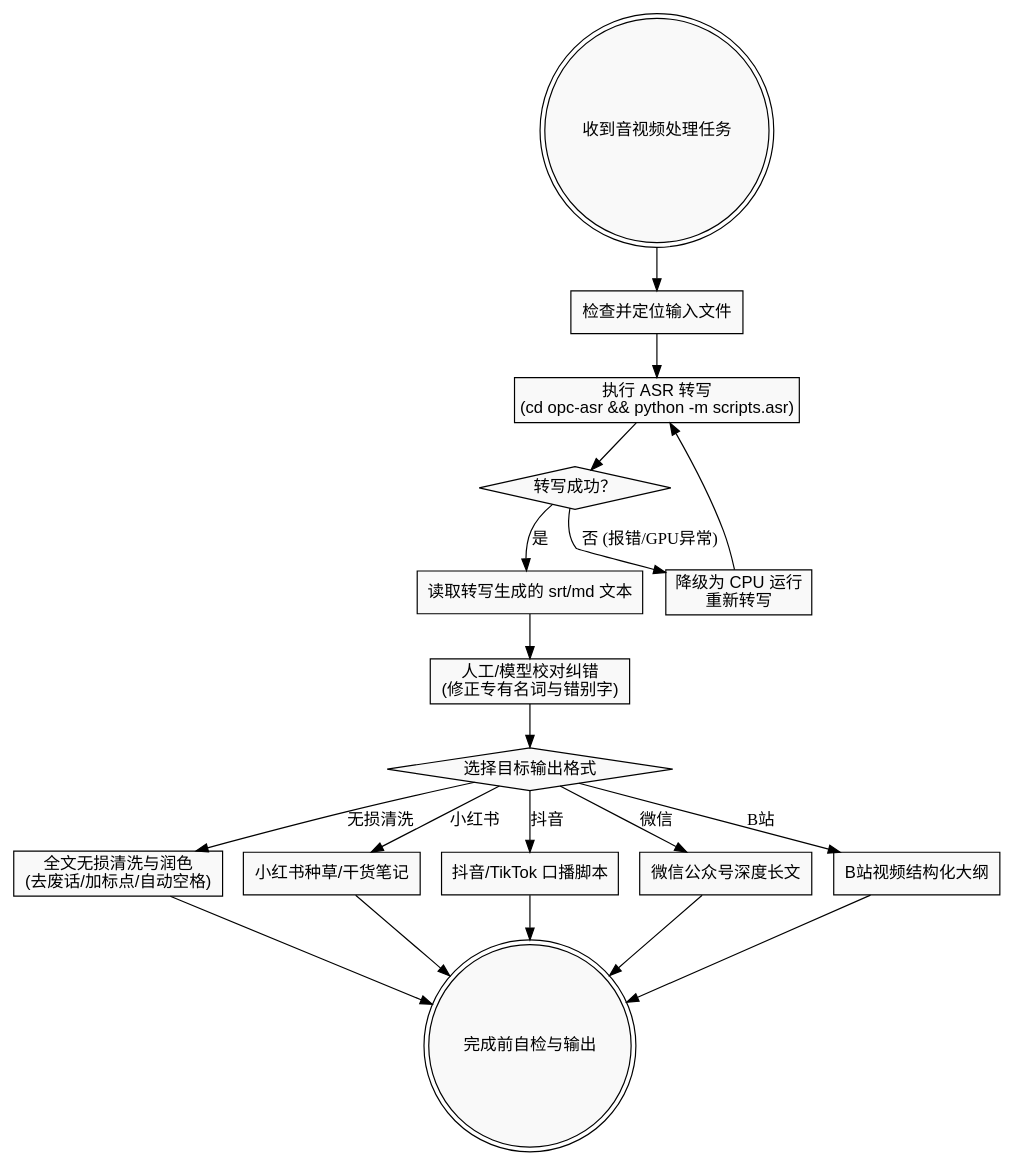
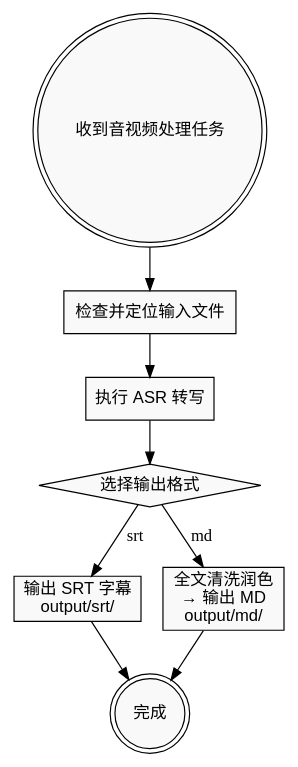
Before and after one commit to cober2018/agent-promptskills: the diagram in skills/video-transcript-copywriting/SKILL.md, drawn with Graphviz. The commit also changed other lines of this file, not shown here.

Commit message:
feat(skill): sync video-transcript-copywriting from opc-asr project (project-specific ASR path + 2-format output)

````diff
--- a/skills/video-transcript-copywriting/SKILL.md
+++ b/skills/video-transcript-copywriting/SKILL.md
@@ -30,44 +26,20 @@
 ```dot
-digraph asr_copywriting_flow {
+digraph asr_flow {
     rankdir=TB;
     node [shape=box, style=filled, fillcolor="#f9f9f9", fontname="Arial"];
-    
+
     start [label="收到音视频处理任务", shape=doublecircle];
     check_file [label="检查并定位输入文件"];
-    run_asr [label="执行 ASR 转写\n(cd opc-asr && python -m scripts.asr)"];
-    has_error [label="转写成功？", shape=diamond];
-    fallback_cpu [label="降级为 CPU 运行\n重新转写"];
-    read_text [label="读取转写生成的 srt/md 文本"];
-    spell_correct [label="人工/模型校对纠错\n(修正专有名词与错别字)"];
-    choose_format [label="选择目标输出格式", shape=diamond];
-    
-    clean_text [label="全文无损清洗与润色\n(去废话/加标点/自动空格)"];
-    xhs_format [label="小红书种草/干货笔记"];
-    dy_format [label="抖音/TikTok 口播脚本"];
-    wechat_format [label="微信公众号深度长文"];
-    bili_format [label="B站视频结构化大纲"];
-    
-    verify_output [label="完成前自检与输出", shape=doublecircle];
-    
-    start -> check_file;
-    check_file -> run_asr;
-    run_asr -> has_error;
-    has_error -> fallback_cpu [label="否 (报错/GPU异常)"];
-    fallback_cpu -> run_asr;
-    has_error -> read_text [label="是"];
-    read_text -> spell_correct;
-    spell_correct -> choose_format;
-    
-    choose_format -> clean_text [label="无损清洗"];
-    choose_format -> xhs_format [label="小红书"];
-    choose_format -> dy_format [label="抖音"];
-    choose_format -> wechat_format [label="微信"];
-    choose_format -> bili_format [label="B站"];
-    
-    clean_text -> verify_output;
-    xhs_format -> verify_output;
-    dy_format -> verify_output;
-    wechat_format -> verify_output;
-    bili_format -> verify_output;
+    run_asr [label="执行 ASR 转写"];
+    choose_format [label="选择输出格式", shape=diamond];
+    srt_out [label="输出 SRT 字幕\noutput/srt/"];
+    md_out [label="全文清洗润色\n→ 输出 MD\noutput/md/"];
+    verify [label="完成", shape=doublecircle];
+
+    start -> check_file -> run_asr -> choose_format;
+    choose_format -> srt_out [label="srt"];
+    choose_format -> md_out [label="md"];
+    srt_out -> verify;
+    md_out -> verify;
 }
 ```
````
